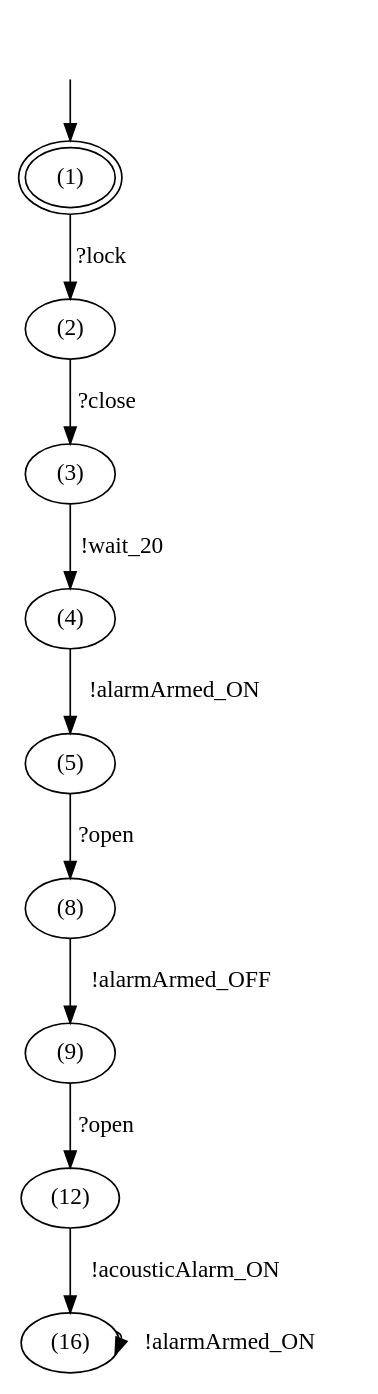
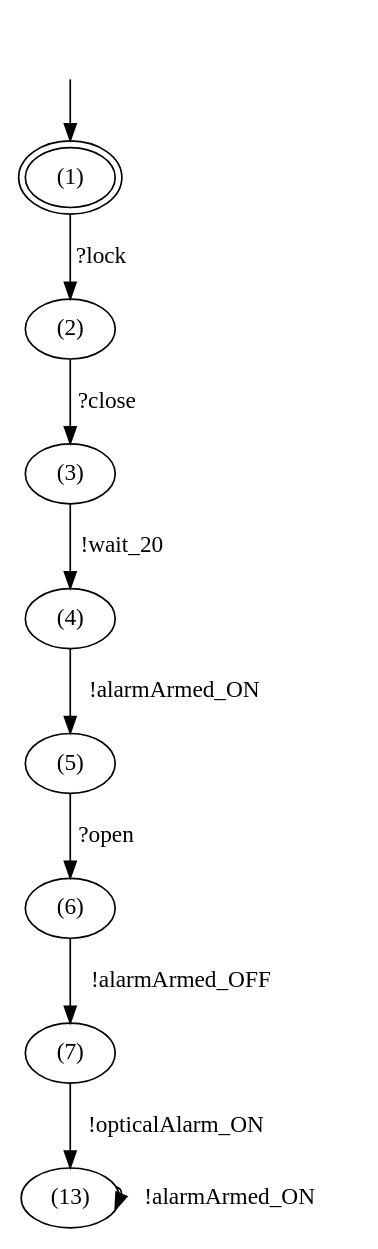
Before and after one commit to haubitzer/AALpy: the diagram in tmp/01_requirement_3.pbes.evidence.dot, drawn with Graphviz. The commit also changed 7 other files, not shown here.

```diff
--- a/tmp/01_requirement_3.pbes.evidence.dot
+++ b/tmp/01_requirement_3.pbes.evidence.dot
@@ -1,25 +1,23 @@
 digraph G {
 center = TRUE;
 mclimit = 10.0;
 nodesep = 0.05;
 
 s0 [ peripheries=2 ];
 s0 [label="(1)"];
 s1 [label="(2)"];
 s2 [label="(3)"];
 s3 [label="(4)"];
 s4 [label="(5)"];
-s5 [label="(8)"];
-s6 [label="(9)"];
-s7 [label="(12)"];
-s8 [label="(16)"];
+s5 [label="(6)"];
+s6 [label="(7)"];
+s7 [label="(13)"];
 s0->s1[label="?lock"];
 s1->s2[label="?close"];
 s2->s3[label="!wait_20"];
 s3->s4[label="!alarmArmed_ON"];
 s4->s5[label="?open"];
 s5->s6[label="!alarmArmed_OFF"];
-s6->s7[label="?open"];
-s7->s8[label="!acousticAlarm_ON"];
-s8->s8[label="!alarmArmed_ON"];
+s6->s7[label="!opticalAlarm_ON"];
+s7->s7[label="!alarmArmed_ON"];
 __start0 [label="", shape=none];__start0 -> s0  [label=""];}
```
